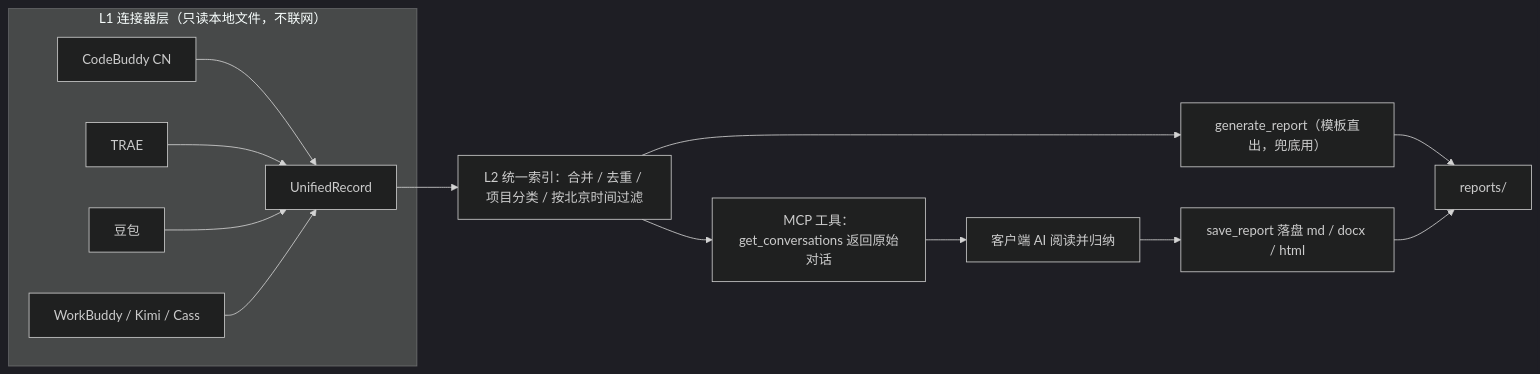
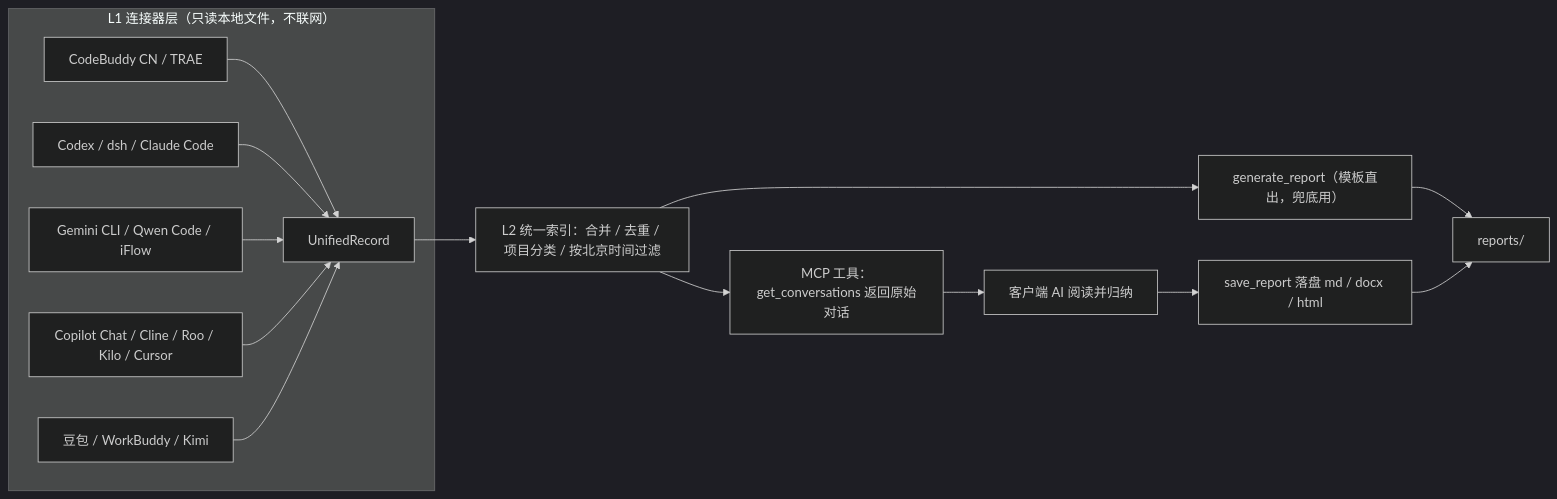
Before and after one commit to 5yeah/Aiscribe: the diagram in README.zh-CN.md, drawn with Mermaid (dark theme). The commit also changed other lines of this file and 23 other files, not shown here.

````diff
--- a/README.zh-CN.md
+++ b/README.zh-CN.md
@@ -152,16 +164,17 @@
 ```mermaid
 flowchart LR
     subgraph L1["L1 连接器层（只读本地文件，不联网）"]
-        A1[CodeBuddy CN] --> U[UnifiedRecord]
-        A2[TRAE] --> U
-        A3[豆包] --> U
-        A4[WorkBuddy / Kimi / Cass] --> U
+        A1[CodeBuddy CN / TRAE] --> U[UnifiedRecord]
+        A2[Codex / dsh / Claude Code] --> U
+        A3[Gemini CLI / Qwen Code / iFlow] --> U
+        A4[Copilot Chat / Cline / Roo / Kilo / Cursor] --> U
+        A5[豆包 / WorkBuddy / Kimi] --> U
     end
     U --> L2["L2 统一索引：合并 / 去重 / 项目分类 / 按北京时间过滤"]
     L2 --> MCP["MCP 工具：get_conversations 返回原始对话"]
     MCP --> AI["客户端 AI 阅读并归纳"]
     AI --> SAVE["save_report 落盘 md / docx / html"]
     L2 --> TPL["generate_report（模板直出，兜底用）"]
     TPL --> OUT["reports/"]
     SAVE --> OUT
 ```
````
